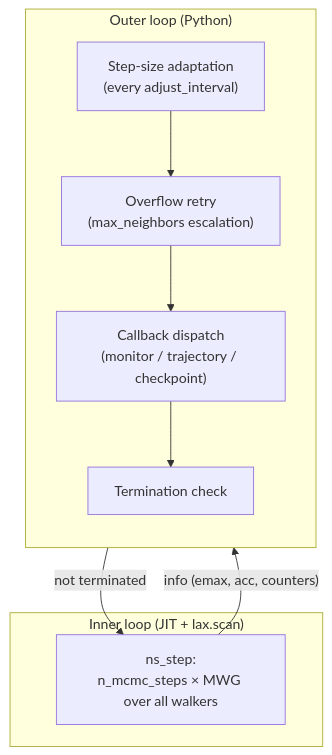
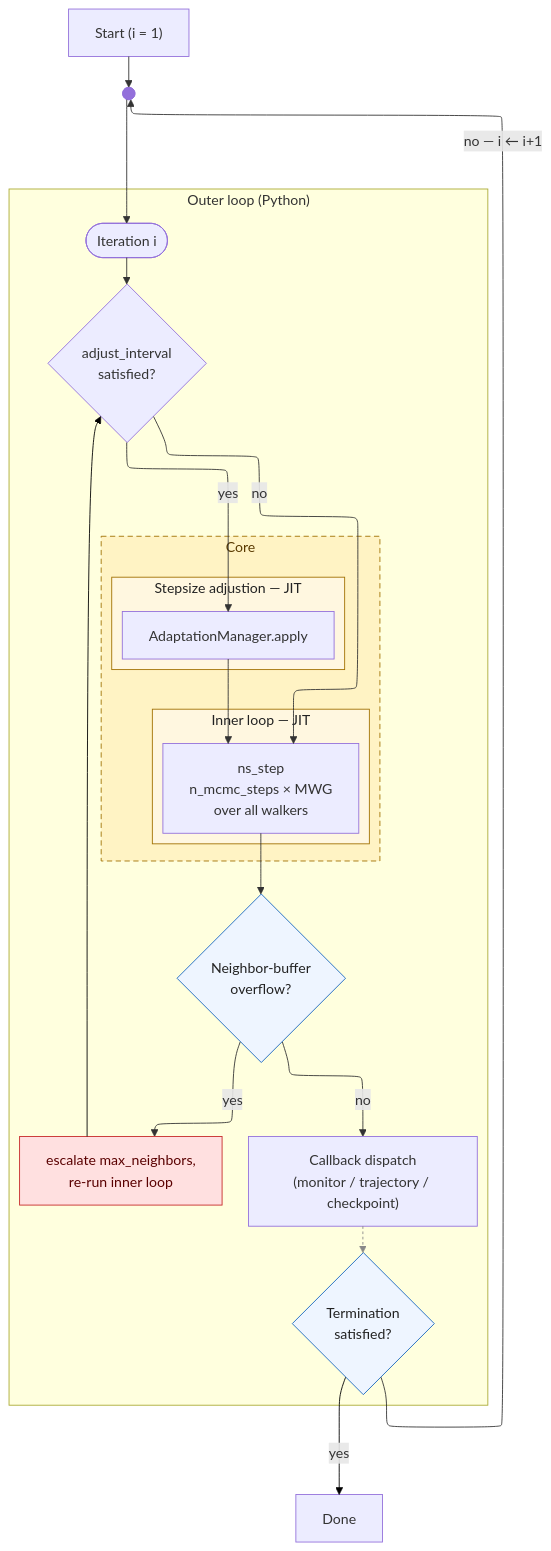
Before and after one commit to nunglert/jaxrens: the diagram in docs/user/concepts/ns_loop.md, drawn with Mermaid. The commit also changed other lines of this file and 45 other files, not shown here.

````diff
--- a/docs/user/concepts/ns_loop.md
+++ b/docs/user/concepts/ns_loop.md
@@ -79,18 +79,56 @@
 ```{mermaid}
+%%{init: {"layout": "elk"}}%%
 flowchart TB
-    subgraph outer["Outer loop (Python)"]
-        direction TB
-        T["Termination check"]
-        A["Step-size adaptation<br/>(every adjust_interval)"]
-        O["Overflow retry<br/>(max_neighbors escalation)"]
-        C["Callback dispatch<br/>(monitor / trajectory / checkpoint)"]
-    end
-    subgraph inner["Inner loop (JIT + lax.scan)"]
-        S["ns_step:<br/>n_mcmc_steps × MWG over all walkers"]
-    end
-    T -->|"not terminated"| S
-    S -->|"info (emax, acc, counters)"| A
-    A --> O
-    O --> C
+ subgraph inner["Inner loop — JIT"]
+        S["ns_step<br>n_mcmc_steps × MWG<br>over all walkers"]
+  end
+ subgraph adapt["Stepsize adjustion — JIT"]
+        AM["AdaptationManager.apply"]
+  end
+ subgraph jit_region["Core"]
+    direction TB
+        inner
+        adapt
+  end
+  START["Start (i = 1)"]
+  DOT@{ shape: f-circ }
+  STOP["Done"]
+ subgraph outer["Outer loop (Python)"]
+    direction TB
+        jit_region
+        ITER(["Iteration i"])
+        O{"Neighbor-buffer<br>overflow?"}
+        ESC["escalate max_neighbors,<br>re-run inner loop"]
+        C["Callback dispatch<br>(monitor / trajectory / checkpoint)"]
+        T{"Termination<br>satisfied?"}
+        EVERY{"adjust_interval<br>satisfied?"}
+  end
+    START --> DOT
+    ITER --> EVERY
+    EVERY -- yes --> AM
+    EVERY -- no --> S
+    AM --> S
+    S --> O
+    O -- yes --> ESC
+    O -- no --> C
     C --> T
+    T -- yes --> STOP
+    ESC --> EVERY
+    T -- no — i ← i+1 --> DOT
+    DOT --> ITER
+
+     inner:::jitBox
+     adapt:::jitBox
+     jit_region:::regionBox
+     O:::decision
+     ESC:::escBox
+     T:::decision
+    classDef jitBox fill:#fff7e0,stroke:#a07000,color:#222
+    classDef regionBox fill:#fff3c4,stroke:#a07000,color:#5a3a00,stroke-dasharray:6 4
+    classDef outerBox fill:#f5f5f5,stroke:#888,color:#222
+    classDef decision fill:#eef5ff,stroke:#1565c0,color:#222
+    classDef escBox fill:#ffe0e0,stroke:#c62828,color:#5a0000
+    linkStyle 8 stroke:#888,stroke-dasharray:3 3,fill:none
+    linkStyle 9 stroke:#000000,fill:none
+    linkStyle 10 stroke:#000000,fill:none
 ```
````
